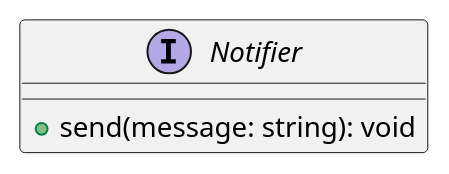
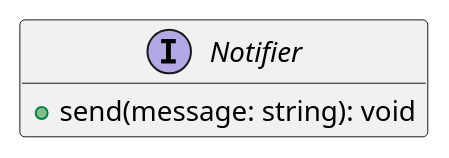
Before and after one commit to ubccpsc/210: the first of 5 diagrams in docs/part2/06_boundaries.md, drawn with PlantUML. The commit also changed other lines of this file, not shown here.

````diff
--- a/docs/part2/06_boundaries.md
+++ b/docs/part2/06_boundaries.md
@@ -51,9 +51,12 @@
 ```plantuml
 @startuml
+
+hide empty members
+skinparam groupInheritance 2
 
 interface Notifier
 
 Notifier : +send(message: string): void
 
 @enduml
 ```
````
